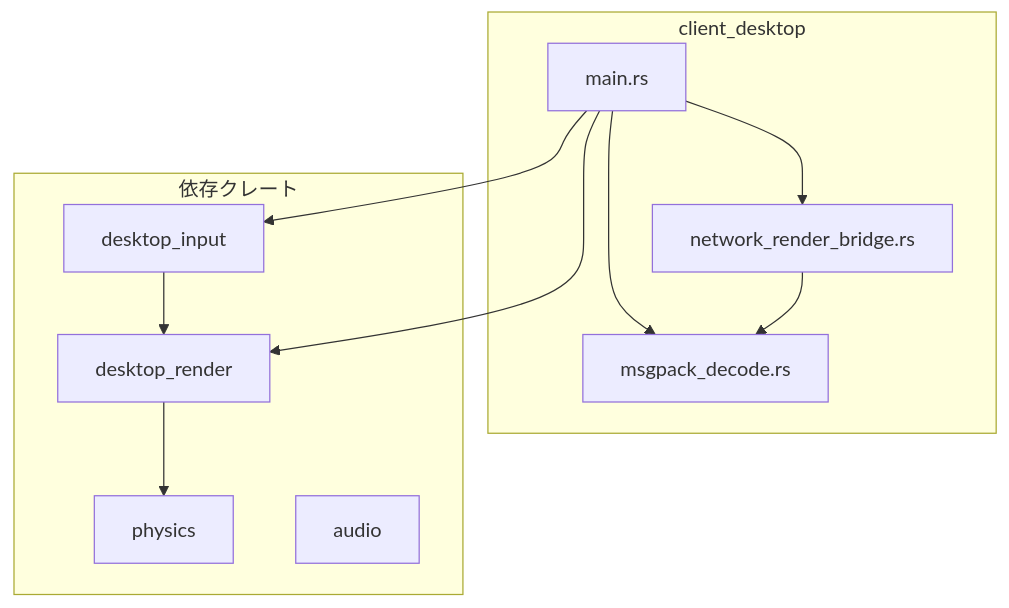
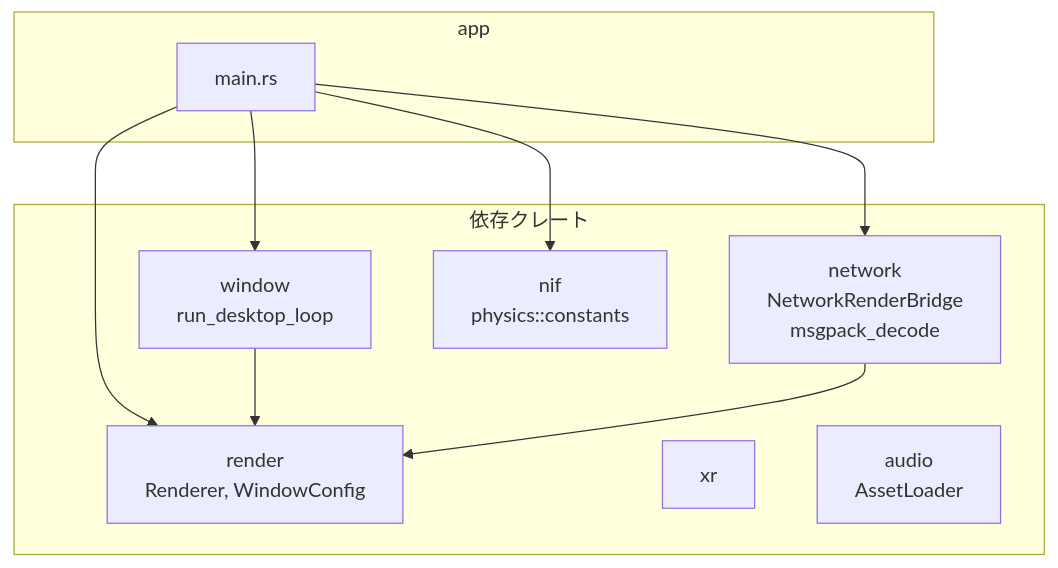
The first of 9 diagrams in docs/architecture/rust/desktop_client.md (FRICK-ELDY/alchemy-engine), drawn with Mermaid before and after one commit. The commit also changed other lines of this file and 11 other files, not shown here.

````diff
--- a/docs/architecture/rust/desktop_client.md
+++ b/docs/architecture/rust/desktop_client.md
@@ -14,23 +15,22 @@
 ```mermaid
 flowchart TB
-    subgraph client_desktop
+    subgraph app
         MAIN[main.rs]
-        MSGPACK[msgpack_decode.rs]
-        BRIDGE[network_render_bridge.rs]
     end
 
     subgraph 依存クレート
-        DINPUT[desktop_input]
-        DRENDER[desktop_render]
-        PHYSICS[physics]
-        AUDIO[audio]
+        NETWORK[network<br/>NetworkRenderBridge<br/>msgpack_decode]
+        WINDOW[window<br/>run_desktop_loop]
+        RENDER[render<br/>Renderer, WindowConfig]
+        NIF[nif<br/>physics::constants]
+        XR[xr]
+        AUDIO[audio<br/>AssetLoader]
     end
 
-    MAIN --> MSGPACK
-    MAIN --> BRIDGE
-    MAIN --> DINPUT
-    MAIN --> DRENDER
-    BRIDGE --> MSGPACK
-    DINPUT --> DRENDER
-    DRENDER --> PHYSICS
+    MAIN --> NETWORK
+    MAIN --> WINDOW
+    MAIN --> RENDER
+    MAIN --> NIF
+    WINDOW --> RENDER
+    NETWORK --> RENDER
 ```
````
